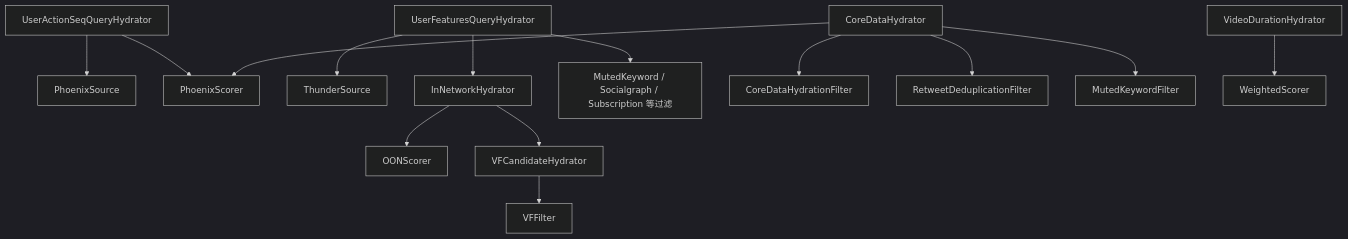
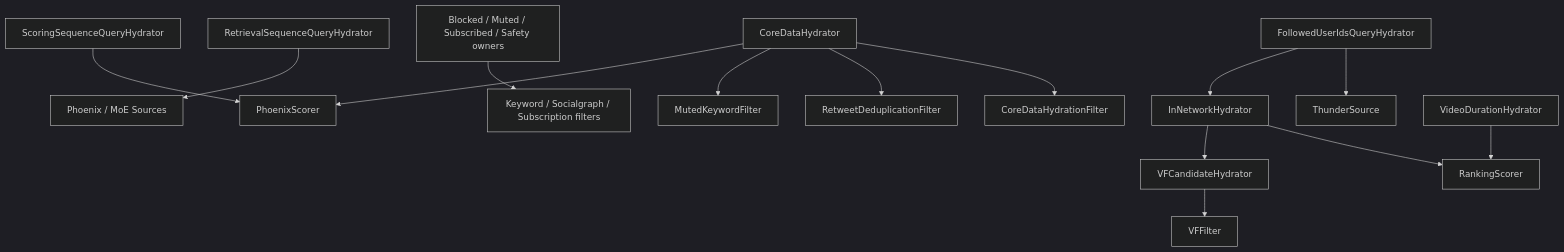
Before and after one commit to freefcw/x-algorithm: the diagram in docs/home-mixer/08-component-index.md, drawn with Mermaid (dark theme). The commit also changed other lines of this file and 24 other files, not shown here.

````diff
--- a/docs/home-mixer/08-component-index.md
+++ b/docs/home-mixer/08-component-index.md
@@ -105,18 +115,18 @@
 ```mermaid
 flowchart TD
-    Q1["UserActionSeqQueryHydrator"] --> S1["PhoenixSource"]
-    Q1 --> SC1["PhoenixScorer"]
-    Q2["UserFeaturesQueryHydrator"] --> S2["ThunderSource"]
-    Q2 --> H1["InNetworkHydrator"]
-    Q2 --> F8["MutedKeyword / Socialgraph / Subscription 等过滤"]
+    Q1["ScoringSequenceQueryHydrator"] --> SC1["PhoenixScorer"]
+    Q2["RetrievalSequenceQueryHydrator"] --> S1["Phoenix / MoE Sources"]
+    Q3["FollowedUserIdsQueryHydrator"] --> S2["ThunderSource"]
+    Q3 --> H1["InNetworkHydrator"]
+    Q4["Blocked / Muted / Subscribed / Safety owners"] --> F8["Keyword / Socialgraph / Subscription filters"]
 
     H2["CoreDataHydrator"] --> F1["CoreDataHydrationFilter"]
     H2 --> F2["RetweetDeduplicationFilter"]
     H2 --> F3["MutedKeywordFilter"]
     H2 --> SC1
 
-    H3["VideoDurationHydrator"] --> SC2["WeightedScorer"]
-    H1 --> SC4["OONScorer"]
+    H3["VideoDurationHydrator"] --> SC2["RankingScorer"]
+    H1 --> SC2
     H1 --> H6["VFCandidateHydrator"]
     H6 --> PF1["VFFilter"]
 ```
````
